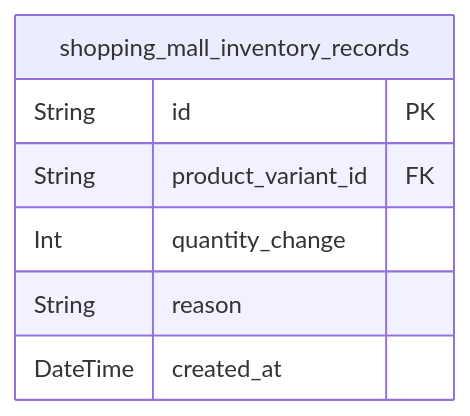
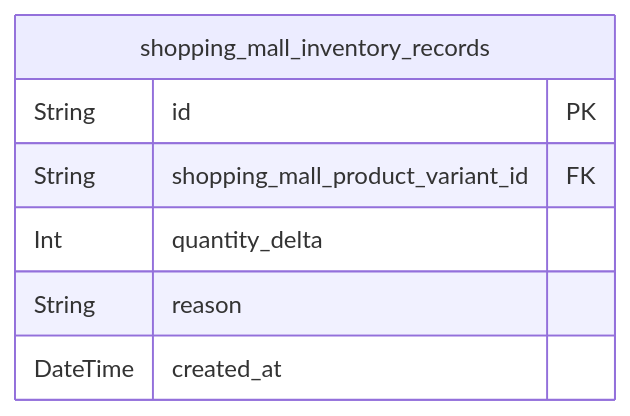
Before and after one commit to wrtnlabs/autobe-examples: the seventh of 11 diagrams in qwen/qwen3.5-397b-a17b/shopping/docs/ERD.md, drawn with Mermaid. The commit also changed other lines of this file and 32093 other files, not shown here.

````diff
--- a/qwen/qwen3.5-397b-a17b/shopping/docs/ERD.md
+++ b/qwen/qwen3.5-397b-a17b/shopping/docs/ERD.md
@@ -1032,10 +2228,10 @@
 ```mermaid
 erDiagram
 "shopping_mall_inventory_records" {
   String id PK
-  String product_variant_id FK
-  Int quantity_change
+  String shopping_mall_product_variant_id FK
+  Int quantity_delta
   String reason
   DateTime created_at
 }
 ```
````
